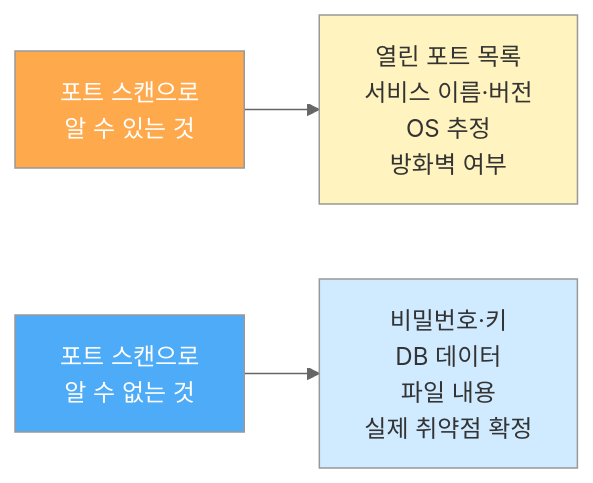
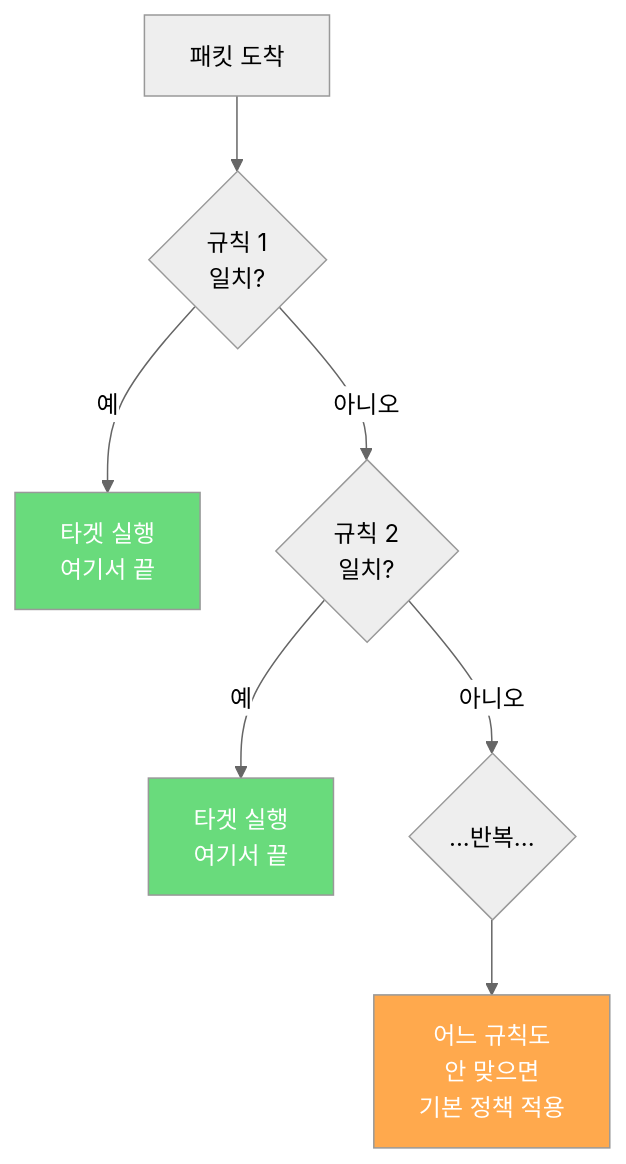
The sixth of 8 diagrams in _posts/securitysystem/2026-03-26-SecuritySystem-7-1.md (sbaek100/sbaek100.github.io), drawn with Mermaid (neutral theme) before and after one commit. The commit also changed other lines of this file and 3 other files, not shown here.

````diff
--- a/_posts/securitysystem/2026-03-26-SecuritySystem-7-1.md
+++ b/_posts/securitysystem/2026-03-26-SecuritySystem-7-1.md
@@ -860,9 +442,12 @@
 ```mermaid
-flowchart LR
-    A["포트 스캔으로<br/>알 수 있는 것"] --> B["열린 포트 목록<br/>서비스 이름·버전<br/>OS 추정<br/>방화벽 여부"]
-    C["포트 스캔으로<br/>알 수 없는 것"] --> D["비밀번호·키<br/>DB 데이터<br/>파일 내용<br/>실제 취약점 확정"]
-    style A fill:#ffa94d,color:#fff
-    style B fill:#fff3bf,color:#333
-    style C fill:#4dabf7,color:#fff
-    style D fill:#d0ebff,color:#333
+flowchart TD
+    P["패킷 도착"] --> R1{"규칙 1<br/>일치?"}
+    R1 -->|"예"| A1["타겟 실행<br/>여기서 끝"]
+    R1 -->|"아니오"| R2{"규칙 2<br/>일치?"}
+    R2 -->|"예"| A2["타겟 실행<br/>여기서 끝"]
+    R2 -->|"아니오"| R3{"...반복..."}
+    R3 --> POL["어느 규칙도<br/>안 맞으면<br/>기본 정책 적용"]
+    style A1 fill:#69db7c,color:#fff
+    style A2 fill:#69db7c,color:#fff
+    style POL fill:#ffa94d,color:#fff
 ```
````
